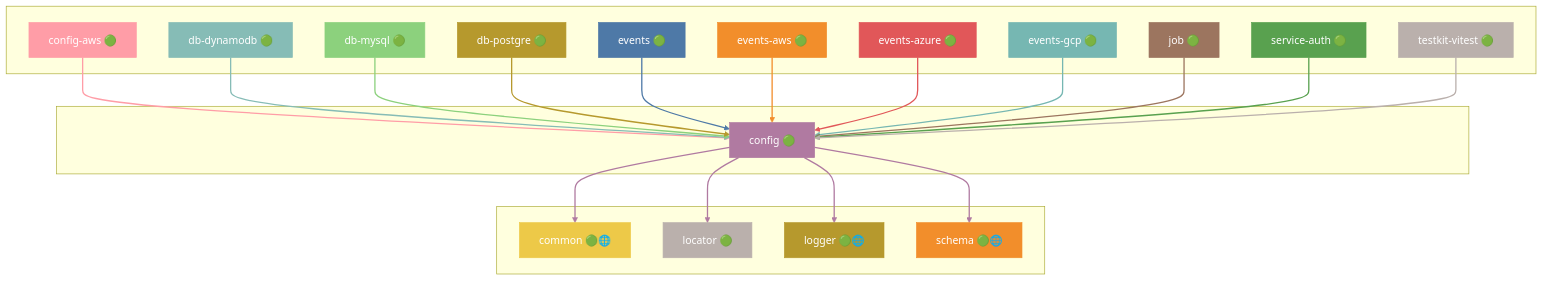
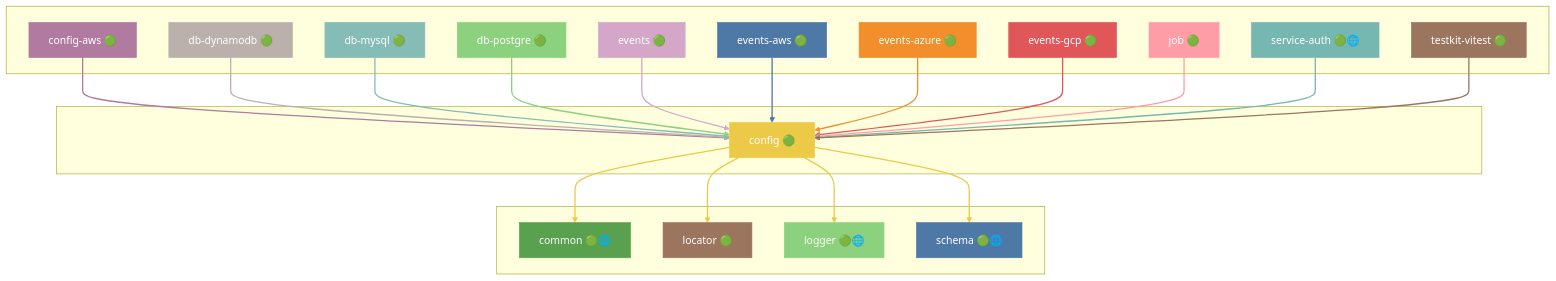
The seventh of 49 diagrams in docs/DEPENDENCIES.md (grest-ts/grest-ts), drawn with Mermaid before and after one commit. The commit also changed other lines of this file and 8 other files, not shown here.

Commit message:
service-auth: browser entry exporting GGInternalOnly, so contracts in an api package shared with a browser can use it

````diff
--- a/docs/DEPENDENCIES.md
+++ b/docs/DEPENDENCIES.md
@@ -697,71 +663,71 @@
 ```mermaid
 flowchart TB
     subgraph Dependents[" "]
         config-aws["config-aws 🟢"]
         db-dynamodb["db-dynamodb 🟢"]
         db-mysql["db-mysql 🟢"]
         db-postgre["db-postgre 🟢"]
         events["events 🟢"]
         events-aws["events-aws 🟢"]
         events-azure["events-azure 🟢"]
         events-gcp["events-gcp 🟢"]
         job["job 🟢"]
-        service-auth["service-auth 🟢"]
+        service-auth["service-auth 🟢🌐"]
         testkit-vitest["testkit-vitest 🟢"]
     end
     subgraph Package[" "]
         config["config 🟢"]
     end
     subgraph Dependencies[" "]
         common["common 🟢🌐"]
         locator["locator 🟢"]
         logger["logger 🟢🌐"]
         schema["schema 🟢🌐"]
     end
     config-aws --> config
     db-dynamodb --> config
     db-mysql --> config
     db-postgre --> config
     events --> config
     events-aws --> config
     events-azure --> config
     events-gcp --> config
     job --> config
     service-auth --> config
     testkit-vitest --> config
     config --> common
     config --> locator
     config --> logger
     config --> schema
-    style config fill:#B07AA1,stroke:#B07AA1,color:#fff
-    style config-aws fill:#FF9DA7,stroke:#FF9DA7,color:#fff
-    style db-dynamodb fill:#86BCB6,stroke:#86BCB6,color:#fff
-    style db-mysql fill:#8CD17D,stroke:#8CD17D,color:#fff
-    style db-postgre fill:#B6992D,stroke:#B6992D,color:#fff
-    style events fill:#4E79A7,stroke:#4E79A7,color:#fff
-    style events-aws fill:#F28E2B,stroke:#F28E2B,color:#fff
-    style events-azure fill:#E15759,stroke:#E15759,color:#fff
-    style events-gcp fill:#76B7B2,stroke:#76B7B2,color:#fff
-    style job fill:#9C755F,stroke:#9C755F,color:#fff
-    style service-auth fill:#59A14F,stroke:#59A14F,color:#fff
-    style testkit-vitest fill:#BAB0AC,stroke:#BAB0AC,color:#fff
-    style common fill:#EDC948,stroke:#EDC948,color:#fff
-    style locator fill:#BAB0AC,stroke:#BAB0AC,color:#fff
-    style logger fill:#B6992D,stroke:#B6992D,color:#fff
-    style schema fill:#F28E2B,stroke:#F28E2B,color:#fff
-    linkStyle 0 stroke:#FF9DA7,stroke-width:2px
-    linkStyle 1 stroke:#86BCB6,stroke-width:2px
-    linkStyle 2 stroke:#8CD17D,stroke-width:2px
-    linkStyle 3 stroke:#B6992D,stroke-width:2px
-    linkStyle 4 stroke:#4E79A7,stroke-width:2px
-    linkStyle 5 stroke:#F28E2B,stroke-width:2px
-    linkStyle 6 stroke:#E15759,stroke-width:2px
-    linkStyle 7 stroke:#76B7B2,stroke-width:2px
-    linkStyle 8 stroke:#9C755F,stroke-width:2px
-    linkStyle 9 stroke:#59A14F,stroke-width:2px
-    linkStyle 10 stroke:#BAB0AC,stroke-width:2px
-    linkStyle 11 stroke:#B07AA1,stroke-width:2px
-    linkStyle 12 stroke:#B07AA1,stroke-width:2px
-    linkStyle 13 stroke:#B07AA1,stroke-width:2px
-    linkStyle 14 stroke:#B07AA1,stroke-width:2px
+    style config fill:#EDC948,stroke:#EDC948,color:#fff
+    style config-aws fill:#B07AA1,stroke:#B07AA1,color:#fff
+    style db-dynamodb fill:#BAB0AC,stroke:#BAB0AC,color:#fff
+    style db-mysql fill:#86BCB6,stroke:#86BCB6,color:#fff
+    style db-postgre fill:#8CD17D,stroke:#8CD17D,color:#fff
+    style events fill:#D4A6C8,stroke:#D4A6C8,color:#fff
+    style events-aws fill:#4E79A7,stroke:#4E79A7,color:#fff
+    style events-azure fill:#F28E2B,stroke:#F28E2B,color:#fff
+    style events-gcp fill:#E15759,stroke:#E15759,color:#fff
+    style job fill:#FF9DA7,stroke:#FF9DA7,color:#fff
+    style service-auth fill:#76B7B2,stroke:#76B7B2,color:#fff
+    style testkit-vitest fill:#9C755F,stroke:#9C755F,color:#fff
+    style common fill:#59A14F,stroke:#59A14F,color:#fff
+    style locator fill:#9C755F,stroke:#9C755F,color:#fff
+    style logger fill:#8CD17D,stroke:#8CD17D,color:#fff
+    style schema fill:#4E79A7,stroke:#4E79A7,color:#fff
+    linkStyle 0 stroke:#B07AA1,stroke-width:2px
+    linkStyle 1 stroke:#BAB0AC,stroke-width:2px
+    linkStyle 2 stroke:#86BCB6,stroke-width:2px
+    linkStyle 3 stroke:#8CD17D,stroke-width:2px
+    linkStyle 4 stroke:#D4A6C8,stroke-width:2px
+    linkStyle 5 stroke:#4E79A7,stroke-width:2px
+    linkStyle 6 stroke:#F28E2B,stroke-width:2px
+    linkStyle 7 stroke:#E15759,stroke-width:2px
+    linkStyle 8 stroke:#FF9DA7,stroke-width:2px
+    linkStyle 9 stroke:#76B7B2,stroke-width:2px
+    linkStyle 10 stroke:#9C755F,stroke-width:2px
+    linkStyle 11 stroke:#EDC948,stroke-width:2px
+    linkStyle 12 stroke:#EDC948,stroke-width:2px
+    linkStyle 13 stroke:#EDC948,stroke-width:2px
+    linkStyle 14 stroke:#EDC948,stroke-width:2px
 ```
````
